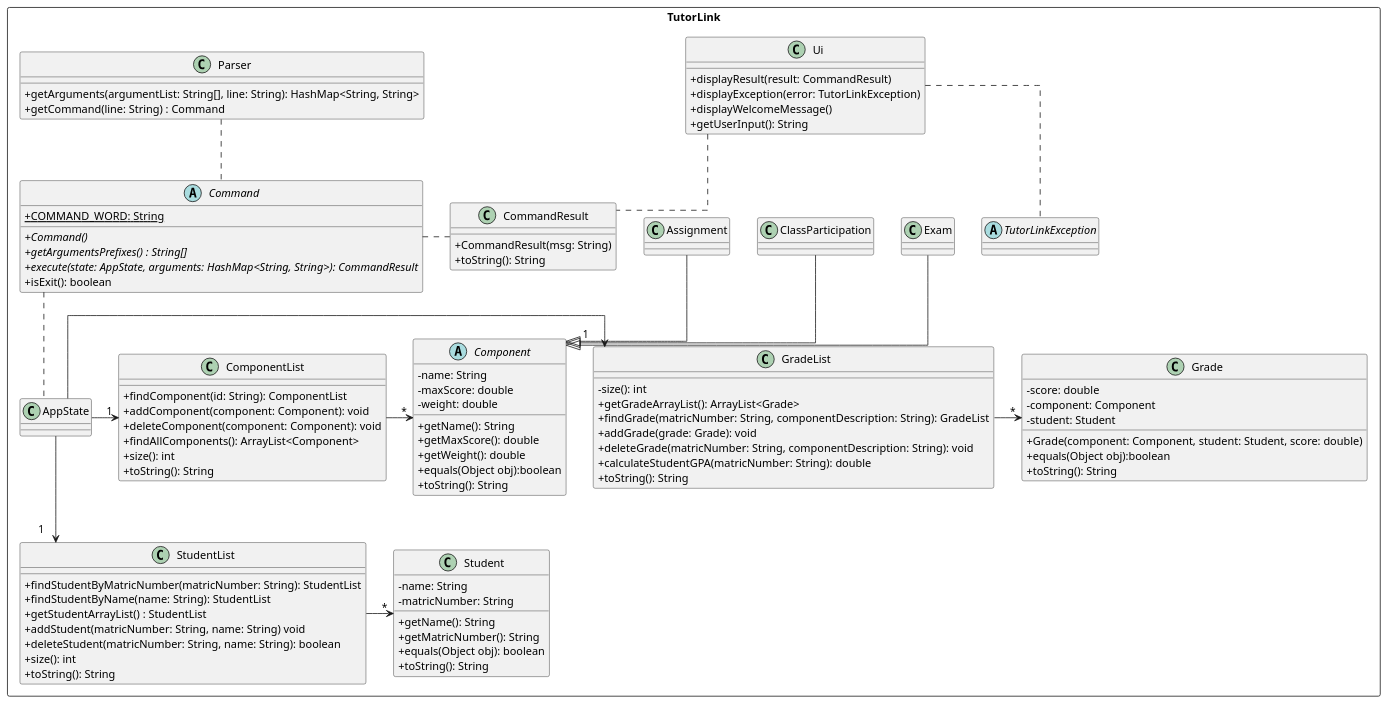
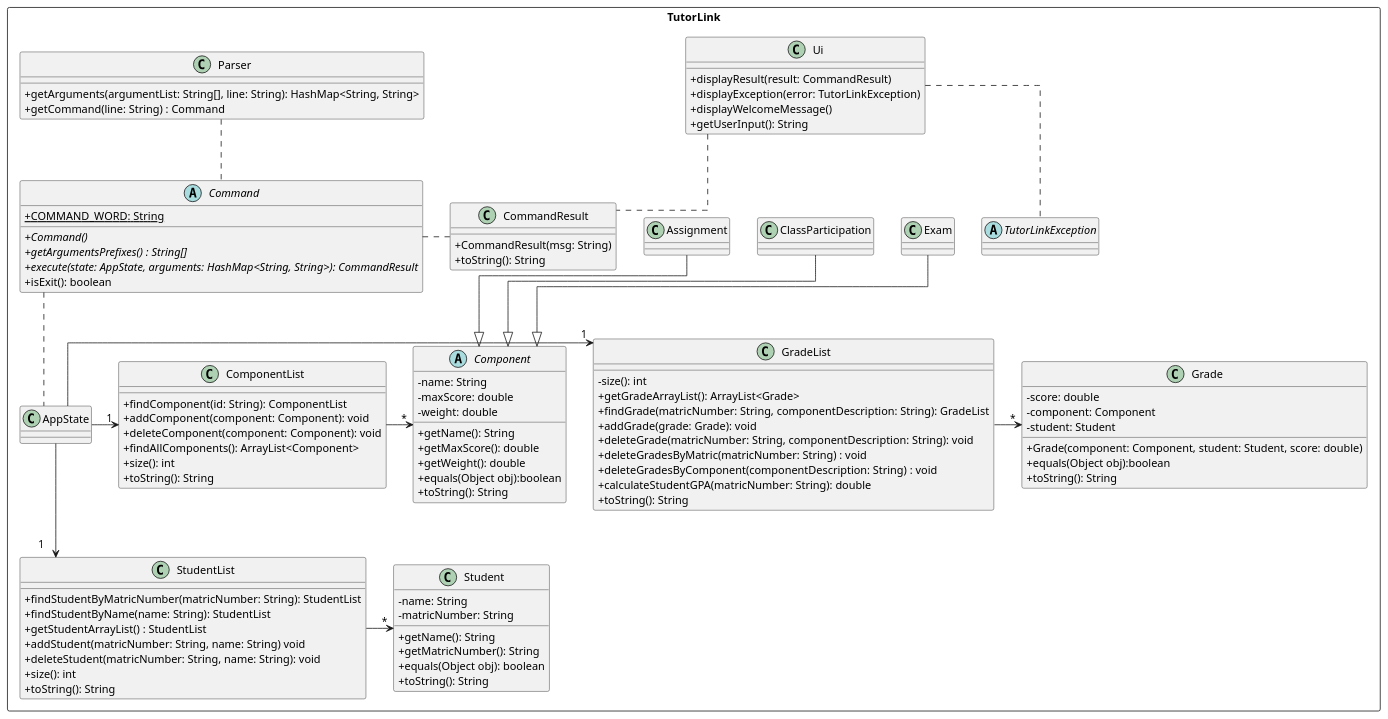
The diagram in docs/diagrams/Assets.puml (yeekian/tp), drawn with PlantUML before and after one commit. The commit also changed 2 other files, not shown here.

```diff
--- a/docs/diagrams/Assets.puml
+++ b/docs/diagrams/Assets.puml
@@ -1,125 +1,127 @@
 @startuml App Diagram
 
 'https://plantuml.com/class-diagram
 ' !include Style.puml
 skinparam classAttributeIconSize 0
 skinparam classMethodIconSize 0
 skinparam linetype ortho
 
 package TutorLink <<Rectangle>>{
 
 class CommandResult {
     + CommandResult(msg: String)
     + toString(): String
 }
 
 class Ui {
     + displayResult(result: CommandResult)
     + displayException(error: TutorLinkException)
     + displayWelcomeMessage()
     + getUserInput(): String
 }
 
 Ui .. CommandResult
 
 Ui .. TutorLinkException
 
 abstract class TutorLinkException
 
 abstract class Command {
     + {static}COMMAND_WORD: String
     + Command() {abstract}
     + {abstract} getArgumentsPrefixes() : String[]
     + execute(state: AppState, arguments: HashMap<String, String>): CommandResult {abstract}
     + isExit(): boolean
 }
 
 Command ..right.. CommandResult
 
 
 abstract class Component {
     - name: String
     - maxScore: double
     - weight: double
     + getName(): String
     + getMaxScore(): double
     + getWeight(): double
     + equals(Object obj):boolean
     + toString(): String
 }
 class Exam
 class ClassParticipation
 class Assignment
 
 Exam --|> Component
 ClassParticipation --|> Component
 Assignment --|> Component
 
 
 class Student{
     - name: String
     - matricNumber: String
     + getName(): String
     + getMatricNumber(): String
     + equals(Object obj): boolean
     + toString(): String
 }
 
 class Grade{
     - score: double
     - component: Component
     - student: Student
     + Grade(component: Component, student: Student, score: double)
     + equals(Object obj):boolean
     + toString(): String
 }
 
 
 class AppState
 class GradeList{
 	- size(): int
 	+ getGradeArrayList(): ArrayList<Grade>
     + findGrade(matricNumber: String, componentDescription: String): GradeList
     + addGrade(grade: Grade): void
     + deleteGrade(matricNumber: String, componentDescription: String): void
+	+ deleteGradesByMatric(matricNumber: String) : void
+	+ deleteGradesByComponent(componentDescription: String) : void
     + calculateStudentGPA(matricNumber: String): double
     + toString(): String
 }
 class StudentList {
     + findStudentByMatricNumber(matricNumber: String): StudentList
     + findStudentByName(name: String): StudentList
 	+ getStudentArrayList() : StudentList
     + addStudent(matricNumber: String, name: String) void
-    + deleteStudent(matricNumber: String, name: String): boolean
+    + deleteStudent(matricNumber: String, name: String): void
     + size(): int
     + toString(): String
 }
 class ComponentList {
     + findComponent(id: String): ComponentList
     + addComponent(component: Component): void
     + deleteComponent(component: Component): void
     + findAllComponents(): ArrayList<Component>
     + size(): int
     + toString(): String
 }
 
 AppState -> "1" GradeList
 AppState --> "1" StudentList
 AppState -> "1" ComponentList
 
 GradeList -> "*" Grade
 ComponentList -> "*" Component
 StudentList -> "*" Student
 
 Command .. AppState
 
 class Parser {
     + getArguments(argumentList: String[], line: String): HashMap<String, String>
     + getCommand(line: String) : Command
 }
 
 Parser .. Command
 
 }
 
 @enduml
```
